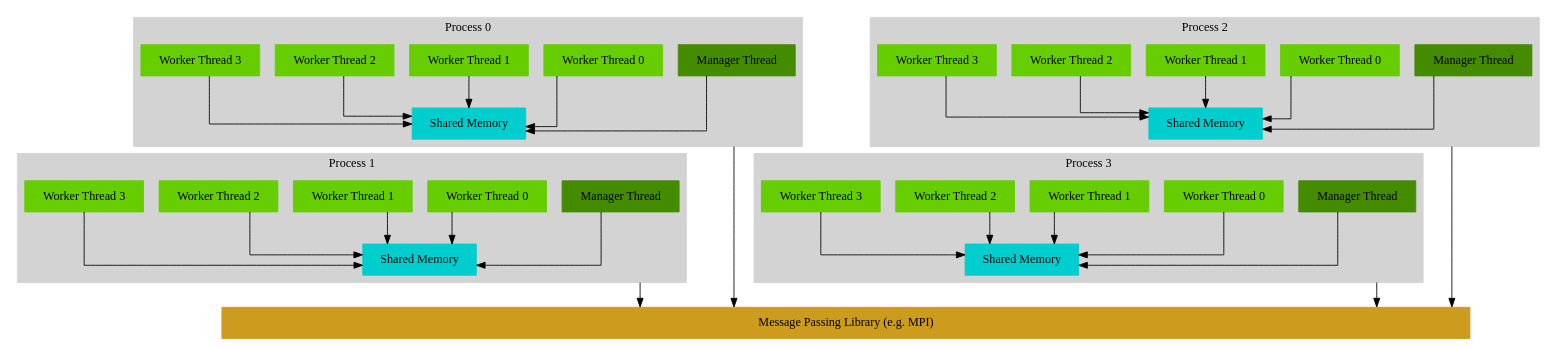
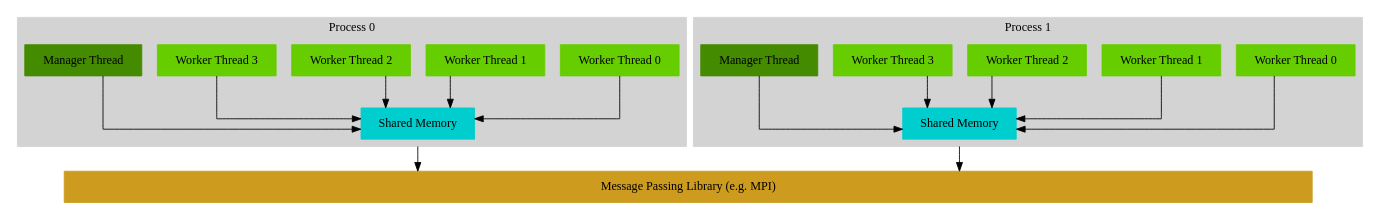
One commit to weberd6/thesis changed the diagram in figs/graphviz/warped_communication.dot. Above: the diagram before and after it, drawn with Graphviz. The commit also changed 32 other files, not shown here.

```diff
--- a/figs/graphviz/warped_communication.dot
+++ b/figs/graphviz/warped_communication.dot
@@ -1,104 +1,55 @@
 digraph warped2_communication {
     node [shape = record];
     splines = ortho;
     compound = true;
 
     subgraph cluster_0 {
         style = filled;
         color = lightgrey;
 
         wt_0 [label = "Worker Thread 0", style = filled, color = chartreuse3];
         wt_1 [label = "Worker Thread 1", style = filled, color = chartreuse3];
         wt_2 [label = "Worker Thread 2", style = filled, color = chartreuse3];
         wt_3 [label = "Worker Thread 3", style = filled, color = chartreuse3];
 
         sm_0 [label = "Shared Memory", style = filled, color = cyan3];
         "wt_3" -> "sm_0";
         "wt_2" -> "sm_0";
         "wt_1" -> "sm_0";
         "wt_0" -> "sm_0";
 
         mt_0 [label = "Manager Thread", style = filled, color = chartreuse4];
         "mt_0" -> "sm_0";
 
         label = "Process 0";
     }
 
     subgraph cluster_1 {
         style = filled;
         color = lightgrey;
 
         wt_4 [label = "Worker Thread 0", style = filled, color = chartreuse3];
         wt_5 [label = "Worker Thread 1", style = filled, color = chartreuse3];
         wt_6 [label = "Worker Thread 2", style = filled, color = chartreuse3];
         wt_7 [label = "Worker Thread 3", style = filled, color = chartreuse3];
 
         sm_1 [label = "Shared Memory", style = filled, color = cyan3];
         "wt_7" -> "sm_1";
         "wt_6" -> "sm_1";
         "wt_5" -> "sm_1";
         "wt_4" -> "sm_1";
 
         mt_1 [label = "Manager Thread", style = filled, color = chartreuse4];
         "mt_1" -> "sm_1";
 
         label = "Process 1";
     }
 
-    subgraph cluster_2 {
-        style = filled;
-        color = lightgrey;
-
-        wt_8 [label = "Worker Thread 0", style = filled, color = chartreuse3];
-        wt_9 [label = "Worker Thread 1", style = filled, color = chartreuse3];
-        wt_10 [label = "Worker Thread 2", style = filled, color = chartreuse3];
-        wt_11 [label = "Worker Thread 3", style = filled, color = chartreuse3];
-
-        sm_2 [label = "Shared Memory", style = filled, color = cyan3];
-        "wt_11" -> "sm_2";
-        "wt_10" -> "sm_2";
-        "wt_9" -> "sm_2";
-        "wt_8" -> "sm_2";
-
-        mt_2 [label = "Manager Thread", style = filled, color = chartreuse4];
-        "mt_2" -> "sm_2";
-
-        label = "Process 2";
-    }
-
-    subgraph cluster_3 {
-        style = filled;
-        color = lightgrey;
-
-        wt_12 [label = "Worker Thread 0", style = filled, color = chartreuse3];
-        wt_13 [label = "Worker Thread 1", style = filled, color = chartreuse3];
-        wt_14 [label = "Worker Thread 2", style = filled, color = chartreuse3];
-        wt_15 [label = "Worker Thread 3", style = filled, color = chartreuse3];
-
-        sm_3 [label = "Shared Memory", style = filled, color = cyan3];
-        "wt_15" -> "sm_3";
-        "wt_14" -> "sm_3";
-        "wt_13" -> "sm_3";
-        "wt_12" -> "sm_3";
-
-        mt_3 [label = "Manager Thread", style = filled, color = chartreuse4];
-        "mt_3" -> "sm_3";
-
-        label = "Process 3";
-    }
-
-    "sm_0" -> "wt_7" [style = "invis"];
-    "sm_2" -> "wt_15" [style = "invis"];
-
     mpl [label = "Message Passing Library (e.g. MPI)", width = 20.0, style = filled, color = goldenrod3];
 
-    "mt_0" -> "mpl" [ltail = cluster_0];
-    "mt_1" -> "mpl" [ltail = cluster_1];
-    "mt_2" -> "mpl" [ltail = cluster_2];
-    "mt_3" -> "mpl" [ltail = cluster_3];
+//    "mt_0" -> "mpl" [ltail = cluster_0];
+//    "mt_1" -> "mpl" [ltail = cluster_1];
 
-    "sm_0" -> "mpl" [style = "invis"];
-    "sm_1" -> "mpl" [style = "invis"];
-    "sm_2" -> "mpl" [style = "invis"];
-    "sm_3" -> "mpl" [style = "invis"];
+    "sm_0" -> "mpl" [ltail = cluster_0];//style = "invis"];
+    "sm_1" -> "mpl" [ltail = cluster_1];//style = "invis"];
 }
```
